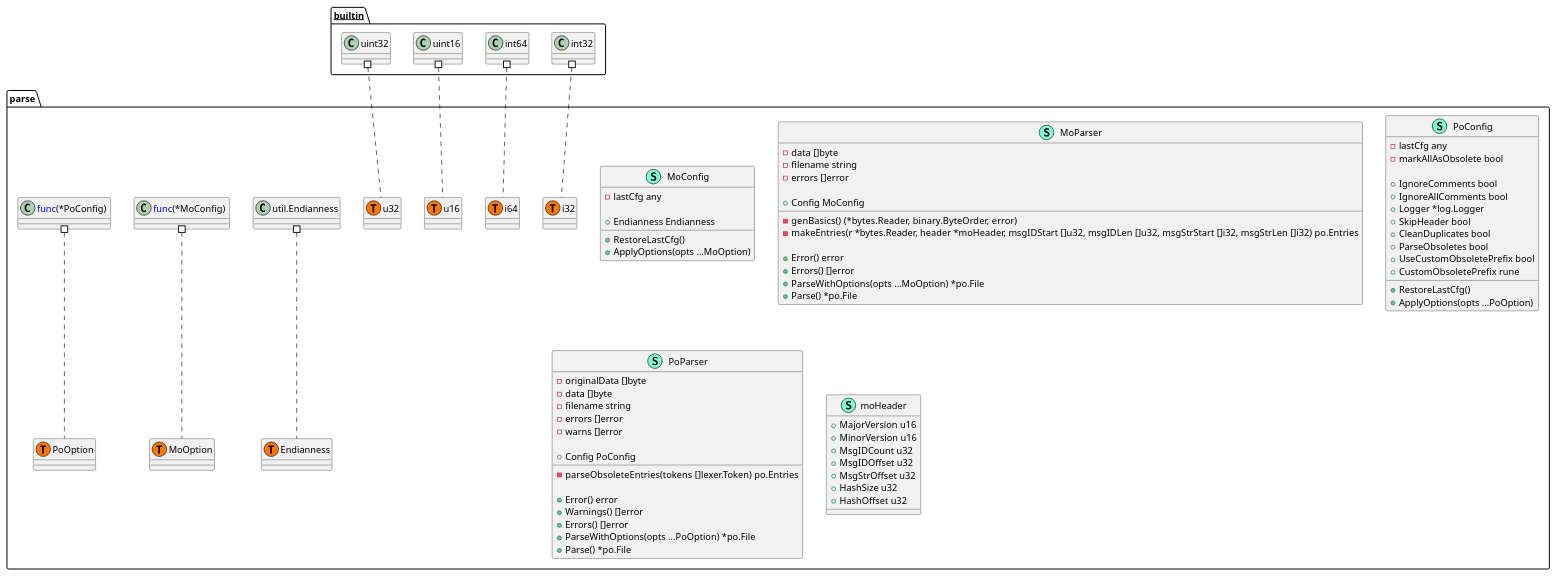
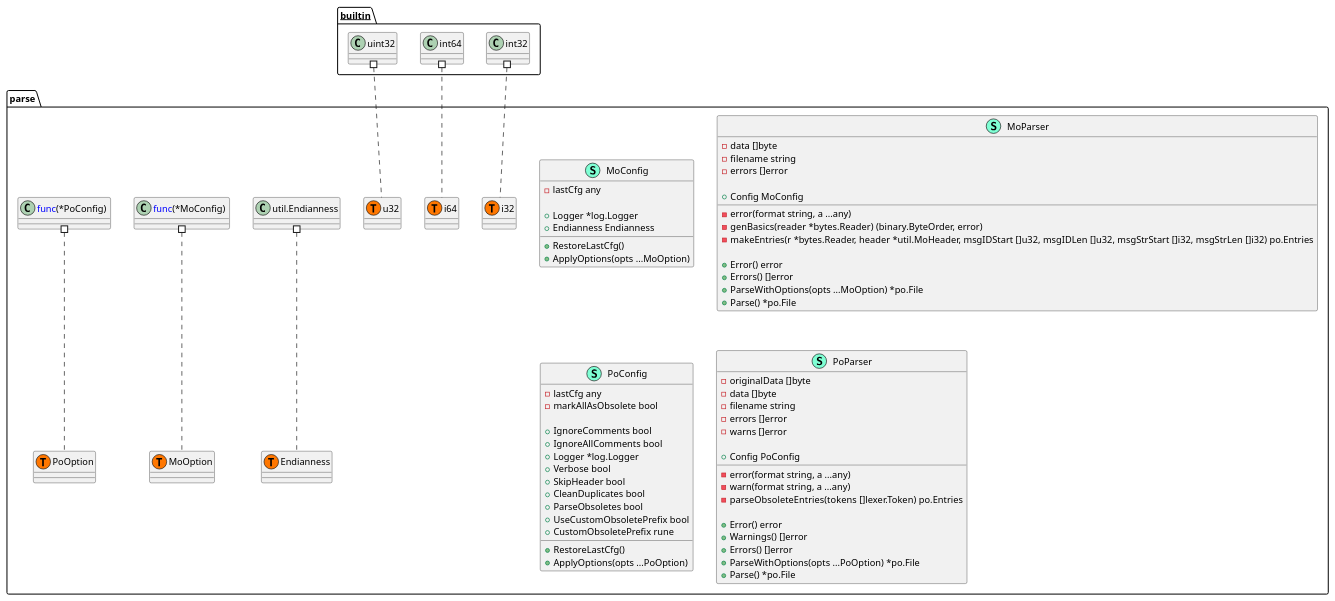
Before and after one commit to Tom5521/gotext-tools: the diagram in pkg/po/parse/structure.puml, drawn with PlantUML. The commit also changed 19 other files, not shown here.

```diff
--- a/pkg/po/parse/structure.puml
+++ b/pkg/po/parse/structure.puml
@@ -1,100 +1,92 @@
 @startuml
 namespace parse {
     class MoConfig << (S,Aquamarine) >> {
         - lastCfg any
 
+        + Logger *log.Logger
         + Endianness Endianness
 
         + RestoreLastCfg() 
         + ApplyOptions(opts ...MoOption) 
 
     }
     class MoParser << (S,Aquamarine) >> {
         - data []byte
         - filename string
         - errors []error
 
         + Config MoConfig
 
-        - genBasics() (*bytes.Reader, binary.ByteOrder, error)
-        - makeEntries(r *bytes.Reader, header *moHeader, msgIDStart []u32, msgIDLen []u32, msgStrStart []i32, msgStrLen []i32) po.Entries
+        - error(format string, a ...any) 
+        - genBasics(reader *bytes.Reader) (binary.ByteOrder, error)
+        - makeEntries(r *bytes.Reader, header *util.MoHeader, msgIDStart []u32, msgIDLen []u32, msgStrStart []i32, msgStrLen []i32) po.Entries
 
         + Error() error
         + Errors() []error
         + ParseWithOptions(opts ...MoOption) *po.File
         + Parse() *po.File
 
     }
     class PoConfig << (S,Aquamarine) >> {
         - lastCfg any
         - markAllAsObsolete bool
 
         + IgnoreComments bool
         + IgnoreAllComments bool
         + Logger *log.Logger
+        + Verbose bool
         + SkipHeader bool
         + CleanDuplicates bool
         + ParseObsoletes bool
         + UseCustomObsoletePrefix bool
         + CustomObsoletePrefix rune
 
         + RestoreLastCfg() 
         + ApplyOptions(opts ...PoOption) 
 
     }
     class PoParser << (S,Aquamarine) >> {
         - originalData []byte
         - data []byte
         - filename string
         - errors []error
         - warns []error
 
         + Config PoConfig
 
+        - error(format string, a ...any) 
+        - warn(format string, a ...any) 
         - parseObsoleteEntries(tokens []lexer.Token) po.Entries
 
         + Error() error
         + Warnings() []error
         + Errors() []error
         + ParseWithOptions(opts ...PoOption) *po.File
         + Parse() *po.File
-
-    }
-    class moHeader << (S,Aquamarine) >> {
-        + MajorVersion u16
-        + MinorVersion u16
-        + MsgIDCount u32
-        + MsgIDOffset u32
-        + MsgStrOffset u32
-        + HashSize u32
-        + HashOffset u32
 
     }
     class parse.Endianness << (T, #FF7700) >>  {
     }
     class parse.MoOption << (T, #FF7700) >>  {
     }
     class parse.PoOption << (T, #FF7700) >>  {
     }
     class parse.i32 << (T, #FF7700) >>  {
     }
     class parse.i64 << (T, #FF7700) >>  {
     }
-    class parse.u16 << (T, #FF7700) >>  {
-    }
     class parse.u32 << (T, #FF7700) >>  {
     }
     class "util.Endianness" as utilEndianness {
         'This class was created so that we can correctly have an alias pointing to this name. Since it contains dots that can break namespaces
     }
 }
 
 
 "__builtin__.int32" #.. "parse.i32"
 "__builtin__.int64" #.. "parse.i64"
-"__builtin__.uint16" #.. "parse.u16"
 "__builtin__.uint32" #.. "parse.u32"
 "parse.<font color=blue>func</font>(*MoConfig) " #.. "parse.MoOption"
 "parse.<font color=blue>func</font>(*PoConfig) " #.. "parse.PoOption"
 "parse.utilEndianness" #.. "parse.Endianness"
 @enduml
```
